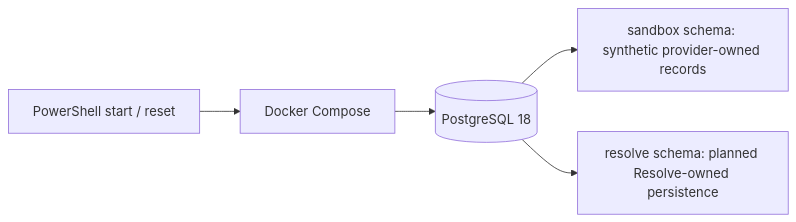
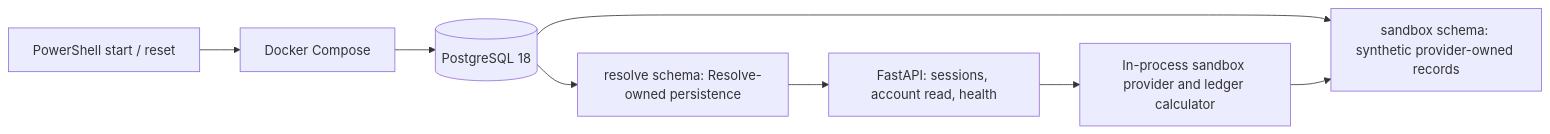
The diagram in docs/mock-environment.md (Zeptaz/hutch_resolve), drawn with Mermaid before and after one commit. The commit also changed other lines of this file and 12 other files, not shown here.

Commit message:
Add scoped account reads and ledger reconciliation

````diff
--- a/docs/mock-environment.md
+++ b/docs/mock-environment.md
@@ -9,7 +9,10 @@
 ```mermaid
 flowchart LR
   Scripts[PowerShell start / reset] --> Compose[Docker Compose]
   Compose --> PG[(PostgreSQL 18)]
   PG --> S[sandbox schema: synthetic provider-owned records]
-  PG --> R[resolve schema: planned Resolve-owned persistence]
+  PG --> R[resolve schema: Resolve-owned persistence]
+  R --> API[FastAPI: sessions, account read, health]
+  API --> P[In-process sandbox provider and ledger calculator]
+  P --> S
 ```
````
